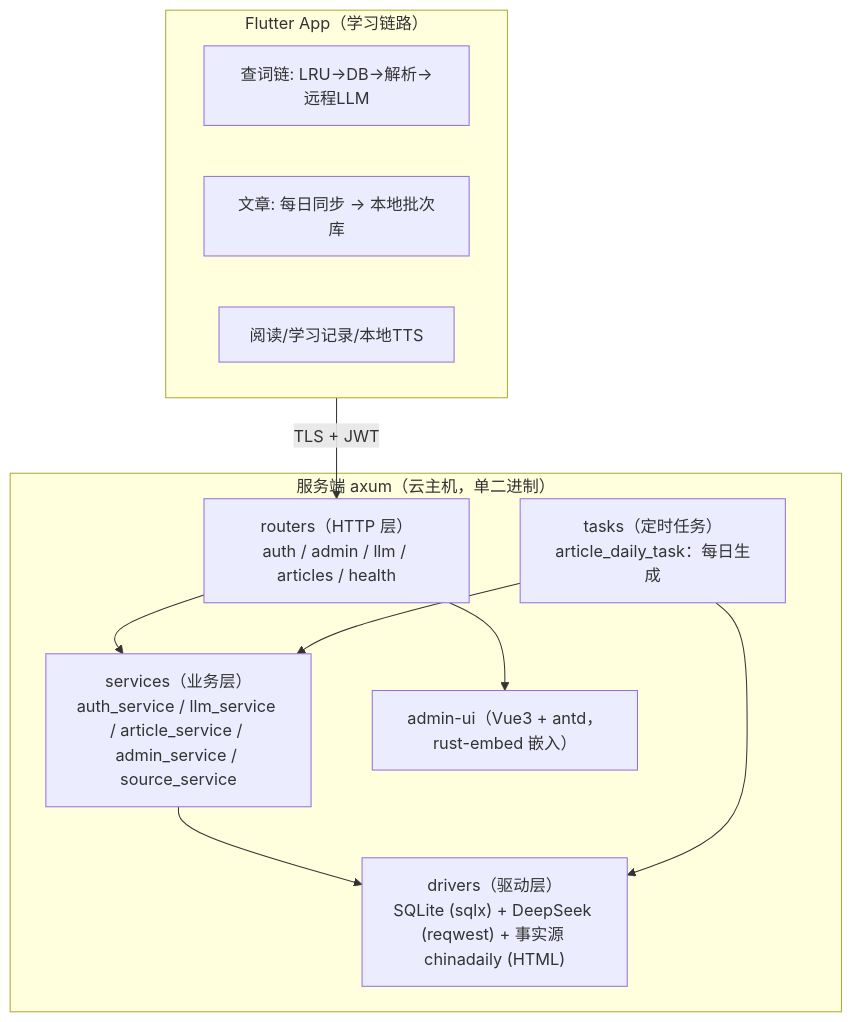
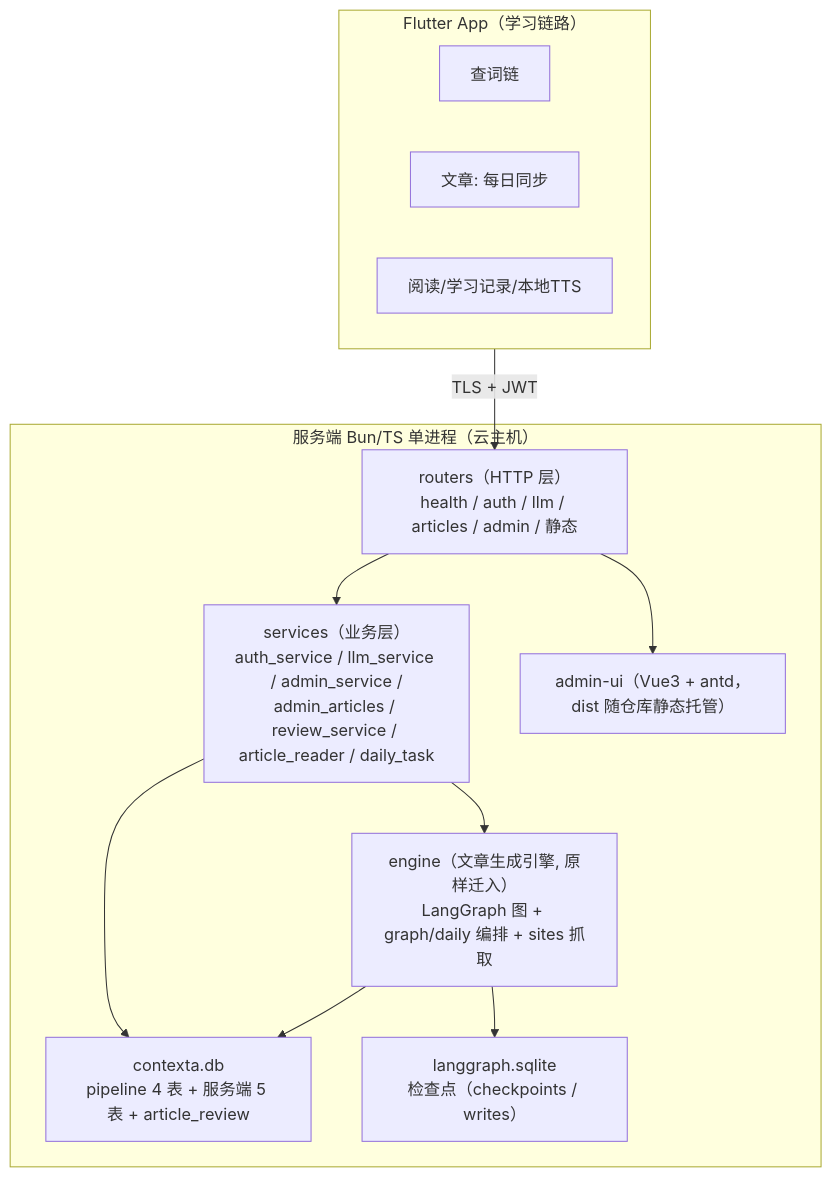
One commit to kindywu/contexta changed the first of 4 diagrams in impl/server/docs/architecture.md. Above: the diagram before and after it, drawn with Mermaid. The commit also changed other lines of this file and 3 other files, not shown here.

Commit message:
docs(server): Bun 版架构/部署/README 文档 + systemd unit

````diff
--- a/impl/server/docs/architecture.md
+++ b/impl/server/docs/architecture.md
@@ -9,23 +9,25 @@
 ```mermaid
 flowchart TB
     subgraph app["Flutter App（学习链路）"]
-        A1["查词链: LRU→DB→解析→远程LLM"]
-        A2["文章: 每日同步 → 本地批次库"]
+        A1["查词链"]
+        A2["文章: 每日同步"]
         A3["阅读/学习记录/本地TTS"]
     end
 
-    subgraph server["服务端 axum（云主机，单二进制）"]
-        R["routers（HTTP 层）<br/>auth / admin / llm / articles / health"]
-        S["services（业务层）<br/>auth_service / llm_service / article_service / admin_service / source_service"]
-        T["tasks（定时任务）<br/>article_daily_task：每日生成"]
-        D["drivers（驱动层）<br/>SQLite (sqlx) + DeepSeek (reqwest) + 事实源 chinadaily (HTML)"]
-        UI["admin-ui（Vue3 + antd，rust-embed 嵌入）"]
+    subgraph server["服务端 Bun/TS 单进程（云主机）"]
+        R["routers（HTTP 层）<br/>health / auth / llm / articles / admin / 静态"]
+        S["services（业务层）<br/>auth_service / llm_service / admin_service /<br/>admin_articles / review_service / article_reader / daily_task"]
+        E["engine（文章生成引擎, 原样迁入）<br/>LangGraph 图 + graph/daily 编排 + sites 抓取"]
+        DB["contexta.db<br/>pipeline 4 表 + 服务端 5 表 + article_review"]
+        CP["langgraph.sqlite<br/>检查点（checkpoints / writes）"]
+        UI["admin-ui（Vue3 + antd，dist 随仓库静态托管）"]
     end
 
     app -- "TLS + JWT" --> R
     R --> S
-    S --> D
-    T --> S
-    T --> D
+    S --> E
+    S --> DB
+    E --> DB
+    E --> CP
     R --> UI
 ```
````
